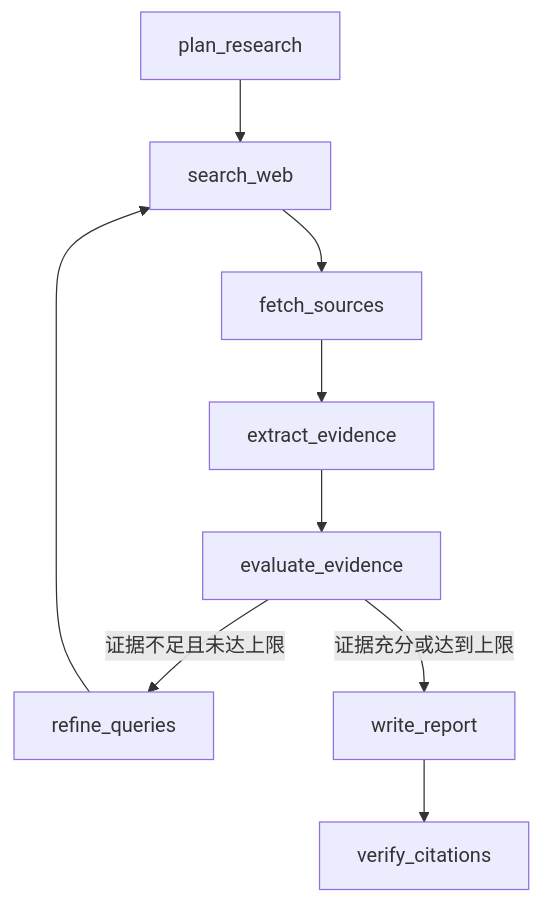
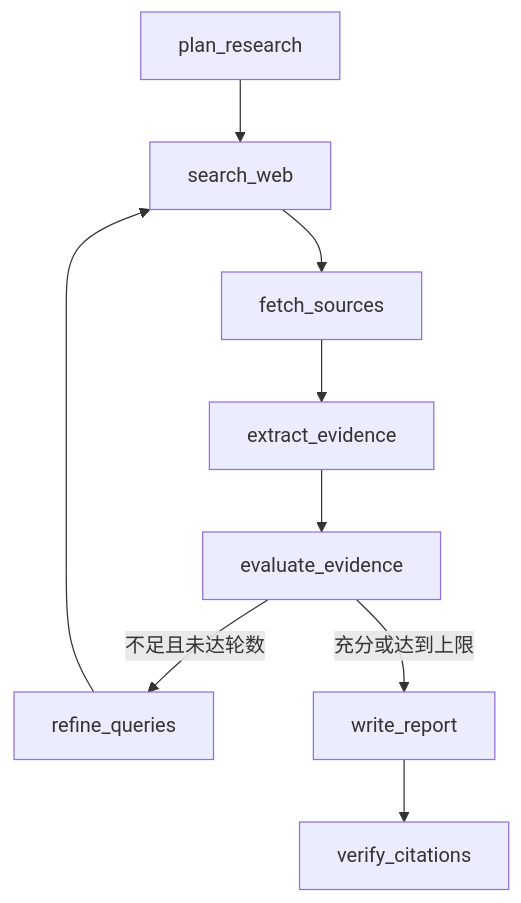
Before and after one commit to Vonllya/EvidencePilot: the second of 2 diagrams in README.md, drawn with Mermaid. The commit also changed other lines of this file, not shown here.

````diff
--- a/README.md
+++ b/README.md
@@ -17,11 +24,11 @@
 ```mermaid
 flowchart TD
     A[plan_research] --> B[search_web]
     B --> C[fetch_sources]
     C --> D[extract_evidence]
     D --> E[evaluate_evidence]
-    E -->|证据不足且未达上限| F[refine_queries]
+    E -->|不足且未达轮数| F[refine_queries]
     F --> B
-    E -->|证据充分或达到上限| G[write_report]
+    E -->|充分或达到上限| G[write_report]
     G --> H[verify_citations]
 ```
````
